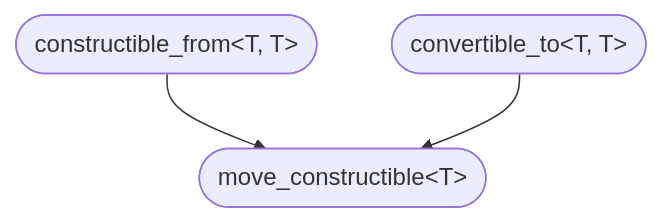
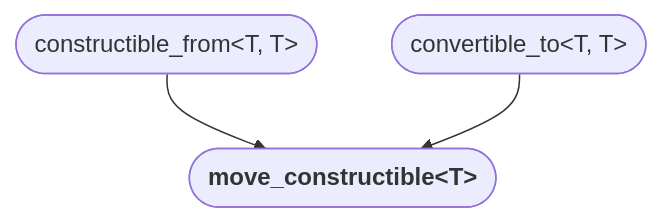
One commit to yohhoy/cpp-concepts changed the tenth of 18 diagrams in README.md. Above: the diagram before and after it, drawn with Mermaid. The commit also changed other lines of this file, not shown here.

````diff
--- a/README.md
+++ b/README.md
@@ -117,6 +117,6 @@
 ```mermaid
 graph TD
     %% std::move_constructible<T>
-    constructible_from(["constructible_from&lt;T, T&gt;"]) --> move_constructible(["move_constructible&lt;T&gt;"]);
+    constructible_from(["constructible_from&lt;T, T&gt;"]) --> move_constructible(["<b>move_constructible&lt;T&gt;</b>"]);
     convertible_to(["convertible_to&lt;T, T&gt;"]) --> move_constructible;
 ```
````
